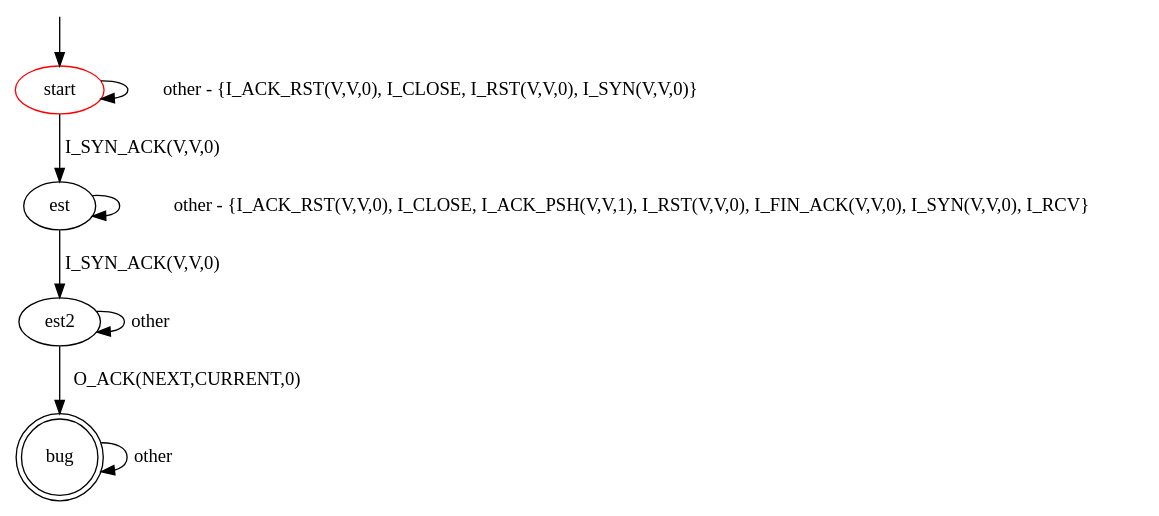
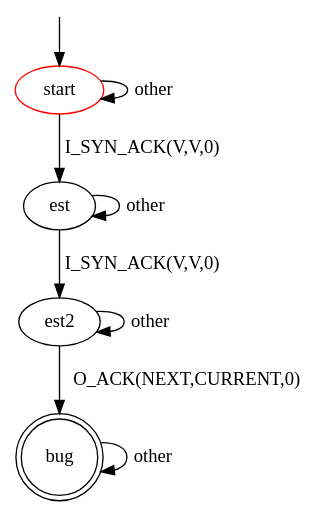
One commit to assist-project/state-machine-bug-finder changed the diagram in src/main/resources/patterns/tcp/invalid_response_to_synack_established.dot. Above: the diagram before and after it, drawn with Graphviz. The commit also changed 3 other files, not shown here.

```diff
--- a/src/main/resources/patterns/tcp/invalid_response_to_synack_established.dot
+++ b/src/main/resources/patterns/tcp/invalid_response_to_synack_established.dot
@@ -1,18 +1,18 @@
 digraph G {
 label=""
 start [color="red"]
 bug [shape="doublecircle"]
 
+start -> start [label="other"]
 start -> est [label="I_SYN_ACK(V,V,0)"]
-start -> start [label="other - {I_ACK_RST(V,V,0), I_CLOSE, I_RST(V,V,0), I_SYN(V,V,0)}"]
-est -> est [label="other - {I_ACK_RST(V,V,0), I_CLOSE, I_ACK_PSH(V,V,1), I_RST(V,V,0), I_FIN_ACK(V,V,0), I_SYN(V,V,0), I_RCV}"]
+est -> est [label="other"]
 est -> est2  [label="I_SYN_ACK(V,V,0)"]
 est2 -> est2  [label="other"]
 est2 -> bug [label="O_ACK(NEXT,CURRENT,0)"]
 
 
 bug -> bug [label="other"]
 
 __start0 [label="" shape="none" width="0" height="0"];
 __start0 -> start;
 }
```
